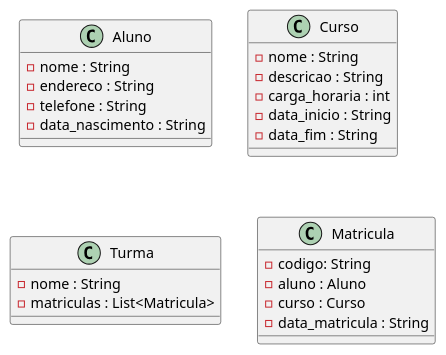
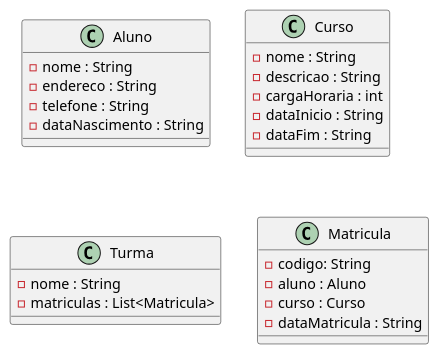
The diagram in conceitos-basicos/src/resolucao_lista06/classes.puml (lucasljf/oop-2023-1), drawn with PlantUML before and after one commit. The commit also changed 1 other file, not shown here.

Commit message:
Update diagrama lista06

```diff
--- a/conceitos-basicos/src/resolucao_lista06/classes.puml
+++ b/conceitos-basicos/src/resolucao_lista06/classes.puml
@@ -1,62 +1,32 @@
 @startuml classes
 
 ' hide circle
 skinparam linetype ortho
 
 class Aluno {
-    ' - id : int
     - nome : String
     - endereco : String
     - telefone : String
-    - data_nascimento : String 
+    - dataNascimento : String 
 }
 
 class Curso {
-    ' - id
     - nome : String
     - descricao : String
-    - carga_horaria : int
-    - data_inicio : String
-    - data_fim : String
+    - cargaHoraria : int
+    - dataInicio : String
+    - dataFim : String
 }
 
 class Turma {
-    ' - id : int
     - nome : String
     - matriculas : List<Matricula>
 }
 
 class Matricula {
-    ' - id : int
     - codigo: String
     - aluno : Aluno
     - curso : Curso
-    - data_matricula : String
+    - dataMatricula : String
 }
-
-' class Conexao {
-'     - host : String
-'     - db : String
-'     - user : String
-'     - password : String
-'     + conectar() : PDO
-' }
-
-' class AlunoDao {
-'     - conexao : Conexao
-'     + inserir(aluno : Aluno) : void
-'     + listar_tudo() : Array<Aluno>
-' }
-
-' class CursoDao {
-'     - conexao : Conexao
-'     + inserir(curso : Curso) : void
-'     + listar_tudo() : Array<Curso>
-' }
-
-' class TurmaDao {
-'     - conexao : Conexao
-'     + inserir(turma : Turma) : void
-'     + listar_tudo() : Array<Turma>
-' }
 @enduml
```
